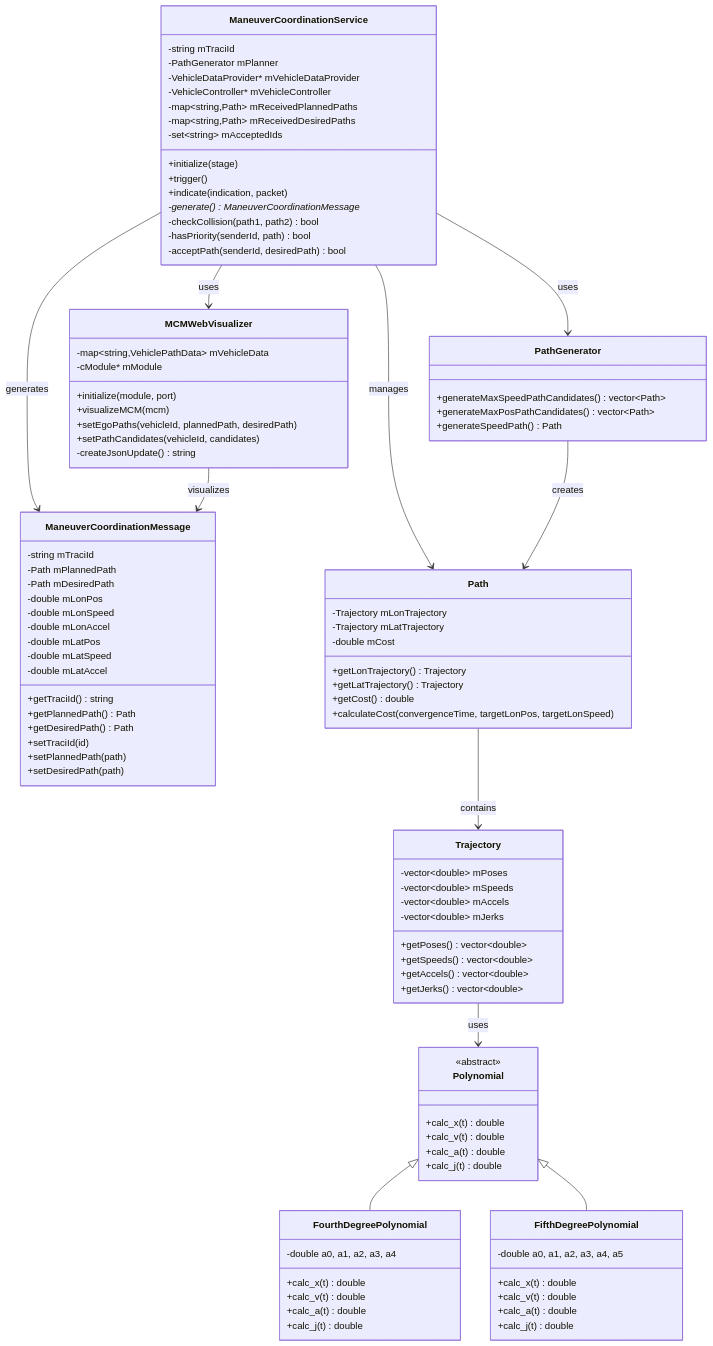
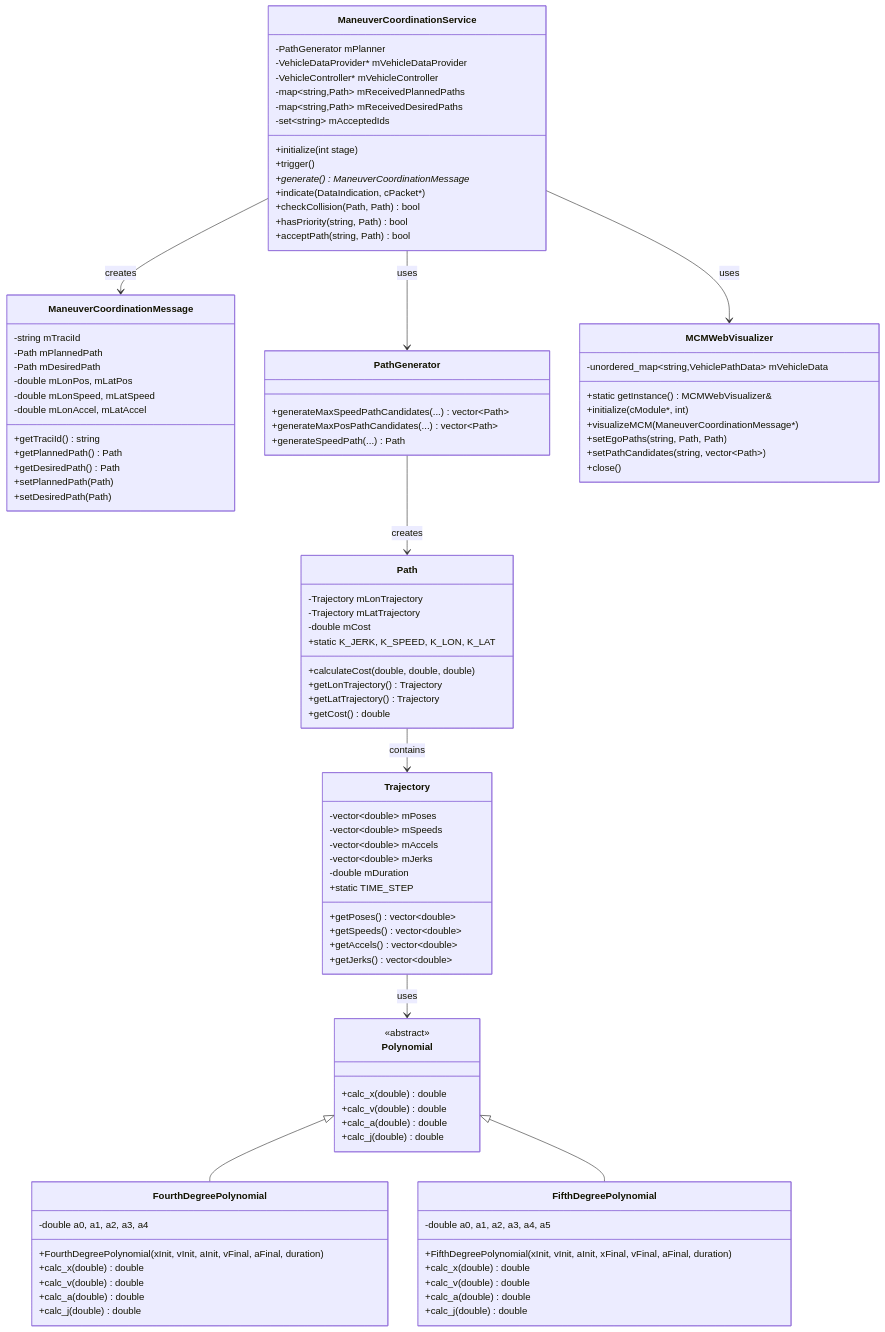
One commit to n7n788/OpenCV2X changed the first of 3 diagrams in README.md. Above: the diagram before and after it, drawn with Mermaid. The commit also changed other lines of this file and 2 other files, not shown here.

````diff
--- a/README.md
+++ b/README.md
@@ -45,54 +49,50 @@
 ```mermaid
 classDiagram
     class ManeuverCoordinationService {
-        -string mTraciId
         -PathGenerator mPlanner
         -VehicleDataProvider* mVehicleDataProvider
         -VehicleController* mVehicleController
         -map~string,Path~ mReceivedPlannedPaths
         -map~string,Path~ mReceivedDesiredPaths
         -set~string~ mAcceptedIds
-        +initialize(stage)
+        +initialize(int stage)
         +trigger()
-        +indicate(indication, packet)
-        -generate() ManeuverCoordinationMessage*
-        -checkCollision(path1, path2) bool
-        -hasPriority(senderId, path) bool
-        -acceptPath(senderId, desiredPath) bool
+        +generate() ManeuverCoordinationMessage*
+        +indicate(DataIndication, cPacket*)
+        +checkCollision(Path, Path) bool
+        +hasPriority(string, Path) bool
+        +acceptPath(string, Path) bool
     }
 
     class ManeuverCoordinationMessage {
         -string mTraciId
         -Path mPlannedPath
         -Path mDesiredPath
-        -double mLonPos
-        -double mLonSpeed
-        -double mLonAccel
-        -double mLatPos
-        -double mLatSpeed
-        -double mLatAccel
+        -double mLonPos, mLatPos
+        -double mLonSpeed, mLatSpeed
+        -double mLonAccel, mLatAccel
         +getTraciId() string
         +getPlannedPath() Path
         +getDesiredPath() Path
-        +setTraciId(id)
-        +setPlannedPath(path)
-        +setDesiredPath(path)
+        +setPlannedPath(Path)
+        +setDesiredPath(Path)
     }
 
     class PathGenerator {
-        +generateMaxSpeedPathCandidates() vector~Path~
-        +generateMaxPosPathCandidates() vector~Path~
-        +generateSpeedPath() Path
+        +generateMaxSpeedPathCandidates(...) vector~Path~
+        +generateMaxPosPathCandidates(...) vector~Path~
+        +generateSpeedPath(...) Path
     }
 
     class Path {
         -Trajectory mLonTrajectory
         -Trajectory mLatTrajectory
         -double mCost
+        +static K_JERK, K_SPEED, K_LON, K_LAT
+        +calculateCost(double, double, double)
         +getLonTrajectory() Trajectory
         +getLatTrajectory() Trajectory
         +getCost() double
-        +calculateCost(convergenceTime, targetLonPos, targetLonSpeed)
     }
 
     class Trajectory {
@@ -100,6 +100,8 @@
         -vector~double~ mSpeeds
         -vector~double~ mAccels
         -vector~double~ mJerks
+        -double mDuration
+        +static TIME_STEP
         +getPoses() vector~double~
         +getSpeeds() vector~double~
         +getAccels() vector~double~
@@ -108,46 +110,46 @@
 
     class Polynomial {
         <<abstract>>
-        +calc_x(t) double
-        +calc_v(t) double
-        +calc_a(t) double
-        +calc_j(t) double
+        +calc_x(double) double
+        +calc_v(double) double
+        +calc_a(double) double
+        +calc_j(double) double
     }
 
     class FourthDegreePolynomial {
         -double a0, a1, a2, a3, a4
-        +calc_x(t) double
-        +calc_v(t) double
-        +calc_a(t) double
-        +calc_j(t) double
+        +FourthDegreePolynomial(xInit, vInit, aInit, vFinal, aFinal, duration)
+        +calc_x(double) double
+        +calc_v(double) double
+        +calc_a(double) double
+        +calc_j(double) double
     }
 
     class FifthDegreePolynomial {
         -double a0, a1, a2, a3, a4, a5
-        +calc_x(t) double
-        +calc_v(t) double
-        +calc_a(t) double
-        +calc_j(t) double
+        +FifthDegreePolynomial(xInit, vInit, aInit, xFinal, vFinal, aFinal, duration)
+        +calc_x(double) double
+        +calc_v(double) double
+        +calc_a(double) double
+        +calc_j(double) double
     }
 
     class MCMWebVisualizer {
-        -map~string,VehiclePathData~ mVehicleData
-        -cModule* mModule
-        +initialize(module, port)
-        +visualizeMCM(mcm)
-        +setEgoPaths(vehicleId, plannedPath, desiredPath)
-        +setPathCandidates(vehicleId, candidates)
-        -createJsonUpdate() string
+        -unordered_map~string,VehiclePathData~ mVehicleData
+        +static getInstance() MCMWebVisualizer&
+        +initialize(cModule*, int)
+        +visualizeMCM(ManeuverCoordinationMessage*)
+        +setEgoPaths(string, Path, Path)
+        +setPathCandidates(string, vector~Path~)
+        +close()
     }
 
-    ManeuverCoordinationService --> ManeuverCoordinationMessage : generates
+    ManeuverCoordinationService --> ManeuverCoordinationMessage : creates
     ManeuverCoordinationService --> PathGenerator : uses
     ManeuverCoordinationService --> MCMWebVisualizer : uses
-    ManeuverCoordinationService --> Path : manages
     PathGenerator --> Path : creates
     Path --> Trajectory : contains
     Trajectory --> Polynomial : uses
     Polynomial <|-- FourthDegreePolynomial
     Polynomial <|-- FifthDegreePolynomial
-    MCMWebVisualizer --> ManeuverCoordinationMessage : visualizes
 ```
````
